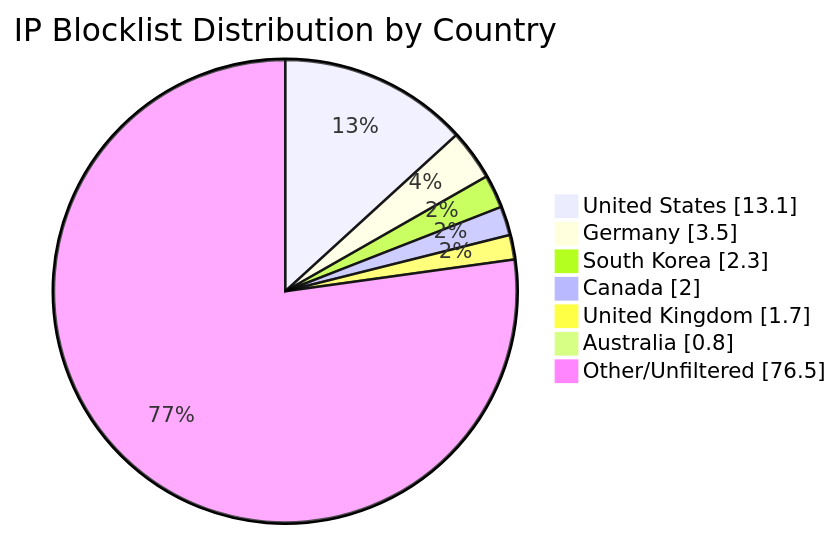
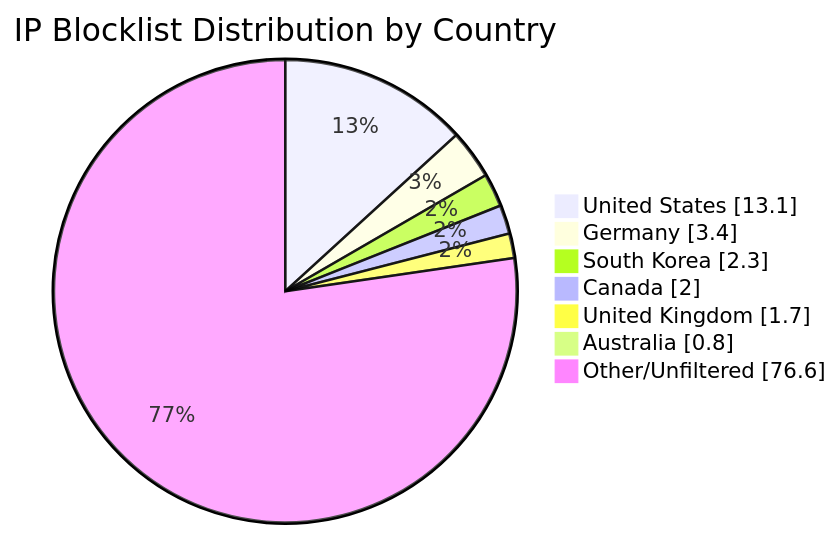
Before and after one commit to MarcusHoltz/ipblocklist-geofiltered-aggregator: the diagram in README.md, drawn with Mermaid. The commit also changed other lines of this file and 9 other files, not shown here.

````diff
--- a/README.md
+++ b/README.md
@@ -34,10 +34,10 @@
 ```mermaid
 pie showData title IP Blocklist Distribution by Country
 "United States" : 13.1
-"Germany" : 3.5
+"Germany" : 3.4
 "South Korea" : 2.3
 "Canada" : 2.0
 "United Kingdom" : 1.7
 "Australia" : 0.8
-"Other/Unfiltered" : 76.5
+"Other/Unfiltered" : 76.6
 ```
````
